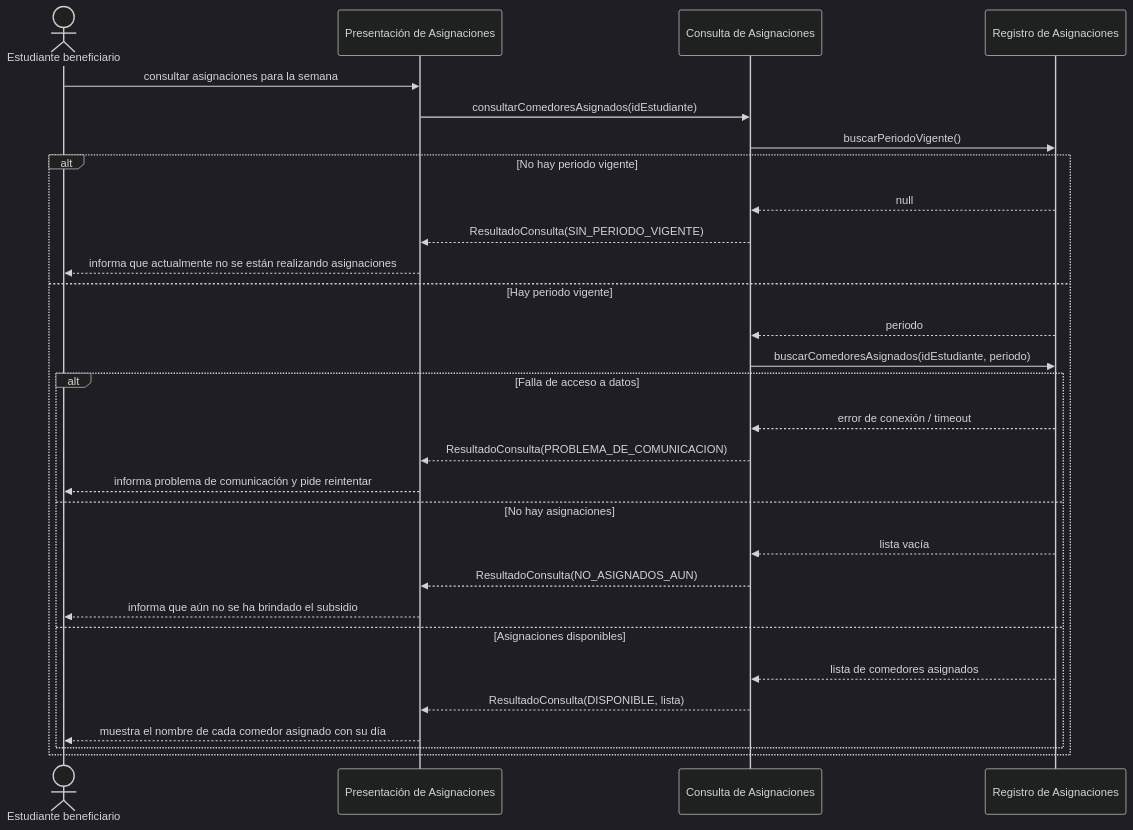
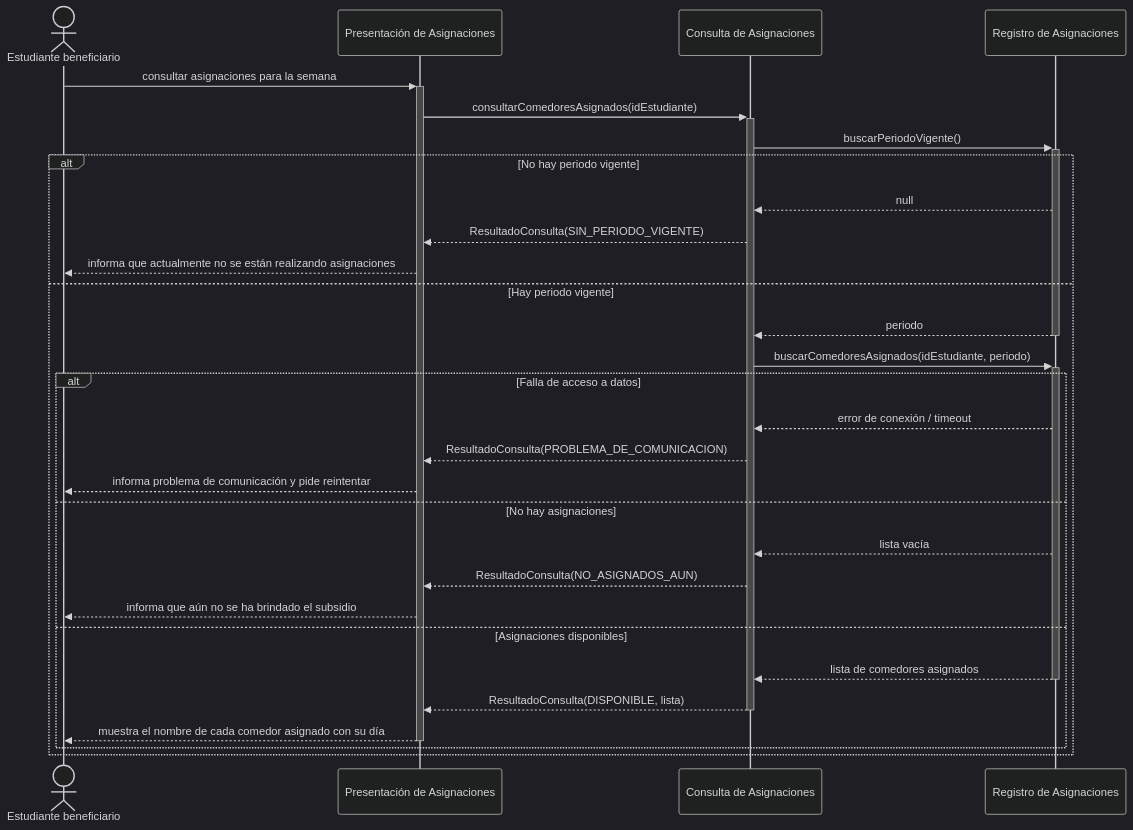
One commit to alfredoquev/Almuerzate.app changed the first of 3 diagrams in docs/requirements/almuerzate_interaction_and_data_design_v1_0_md.md. Above: the diagram before and after it, drawn with Mermaid (dark theme).

Commit message:
1.1 Refactor interaction diagram for assignment queries sync

````diff
--- a/docs/requirements/almuerzate_interaction_and_data_design_v1_0_md.md
+++ b/docs/requirements/almuerzate_interaction_and_data_design_v1_0_md.md
@@ -17,34 +17,34 @@
 ```mermaid
 sequenceDiagram
     actor Estudiante as Estudiante beneficiario
     participant PA as Presentación de Asignaciones
     participant CA as Consulta de Asignaciones
     participant RA as Registro de Asignaciones
 
-    Estudiante->>PA: consultar asignaciones para la semana
-    PA->>CA: consultarComedoresAsignados(idEstudiante)
-    CA->>RA: buscarPeriodoVigente()
+    Estudiante->>+PA: consultar asignaciones para la semana
+    PA->>+CA: consultarComedoresAsignados(idEstudiante)
+    CA->>+RA: buscarPeriodoVigente()
     
     alt No hay periodo vigente
         RA-->>CA: null
         CA-->>PA: ResultadoConsulta(SIN_PERIODO_VIGENTE)
         PA-->>Estudiante: informa que actualmente no se están realizando asignaciones
     else Hay periodo vigente
-        RA-->>CA: periodo
-        CA->>RA: buscarComedoresAsignados(idEstudiante, periodo)
+        RA-->>-CA: periodo
+        CA->>+RA: buscarComedoresAsignados(idEstudiante, periodo)
         
         alt Falla de acceso a datos
             RA-->>CA: error de conexión / timeout
             CA-->>PA: ResultadoConsulta(PROBLEMA_DE_COMUNICACION)
             PA-->>Estudiante: informa problema de comunicación y pide reintentar
         else No hay asignaciones
             RA-->>CA: lista vacía
             CA-->>PA: ResultadoConsulta(NO_ASIGNADOS_AUN)
             PA-->>Estudiante: informa que aún no se ha brindado el subsidio
         else Asignaciones disponibles
-            RA-->>CA: lista de comedores asignados
-            CA-->>PA: ResultadoConsulta(DISPONIBLE, lista)
-            PA-->>Estudiante: muestra el nombre de cada comedor asignado con su día
+            RA-->>-CA: lista de comedores asignados
+            CA-->>-PA: ResultadoConsulta(DISPONIBLE, lista)
+            PA-->>-Estudiante: muestra el nombre de cada comedor asignado con su día
         end
     end
 ```
````
